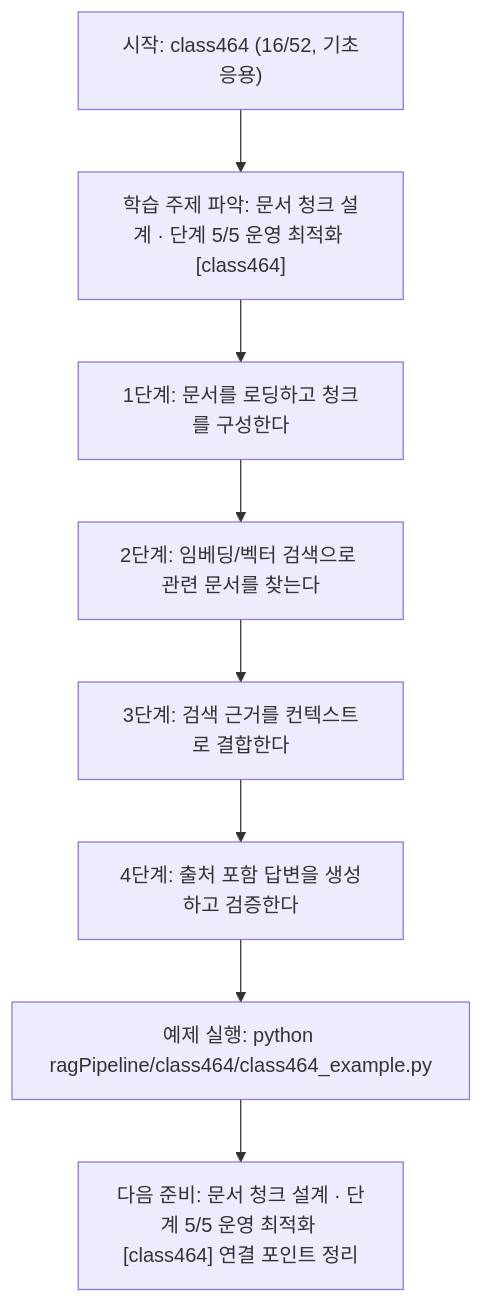
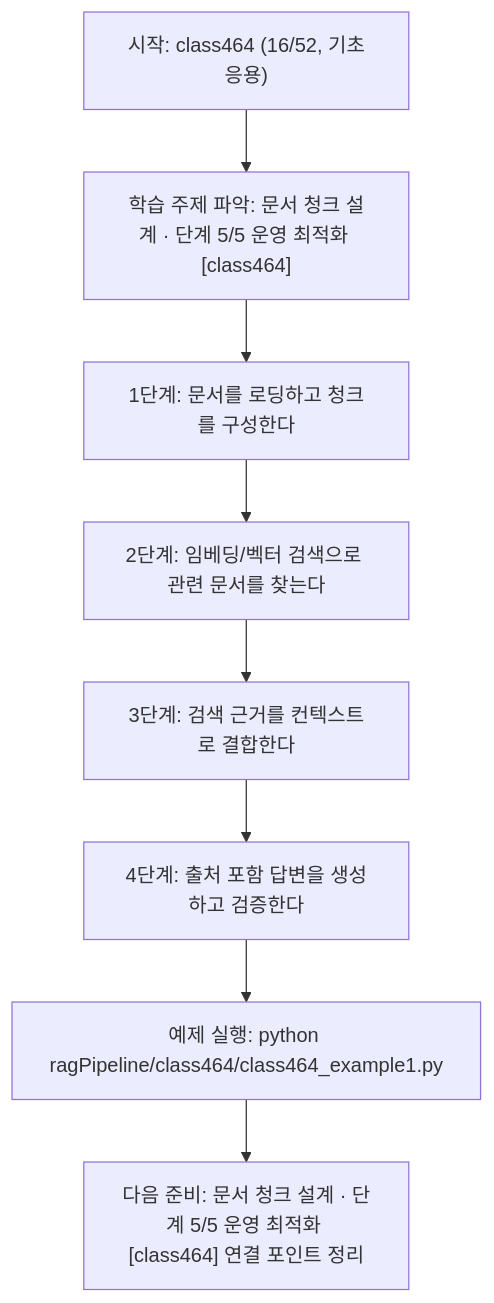
One commit to edumgt/Python-AI_Agent-Class changed the diagram in ragPipeline/class464/class464.md. Above: the diagram before and after it, drawn with Mermaid. The commit also changed other lines of this file and 2959 other files, not shown here.

````diff
--- a/ragPipeline/class464/class464.md
+++ b/ragPipeline/class464/class464.md
@@ -111,18 +111,18 @@
 ```mermaid
 flowchart TD
 N1["시작: class464 (16/52, 기초응용)"]
 N2["학습 주제 파악: 문서 청크 설계 · 단계 5/5 운영 최적화 [class464]"]
 N3["1단계: 문서를 로딩하고 청크를 구성한다"]
 N4["2단계: 임베딩/벡터 검색으로 관련 문서를 찾는다"]
 N5["3단계: 검색 근거를 컨텍스트로 결합한다"]
 N6["4단계: 출처 포함 답변을 생성하고 검증한다"]
-N7["예제 실행: python ragPipeline/class464/class464_example.py"]
+N7["예제 실행: python ragPipeline/class464/class464_example1.py"]
 N8["다음 준비: 문서 청크 설계 · 단계 5/5 운영 최적화 [class464] 연결 포인트 정리"]
 N1 --> N2
 N2 --> N3
 N3 --> N4
 N4 --> N5
 N5 --> N6
 N6 --> N7
 N7 --> N8
 ```
````
